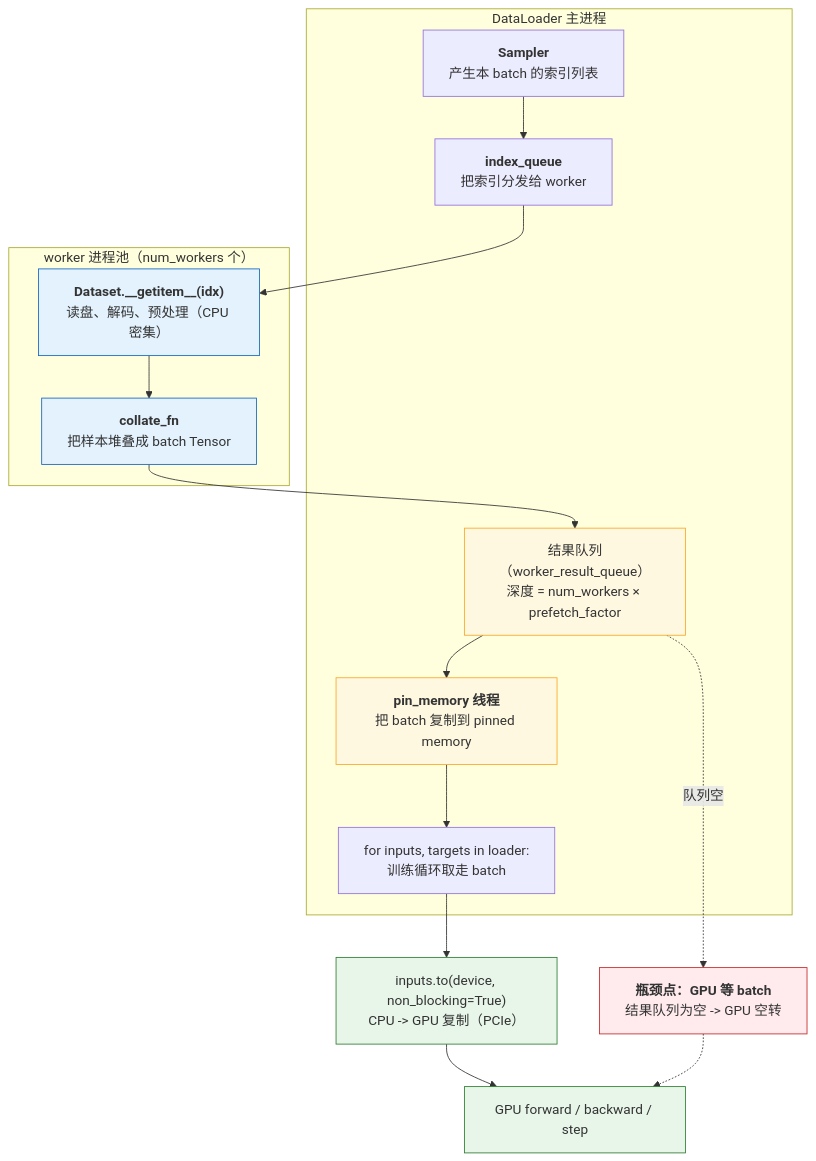
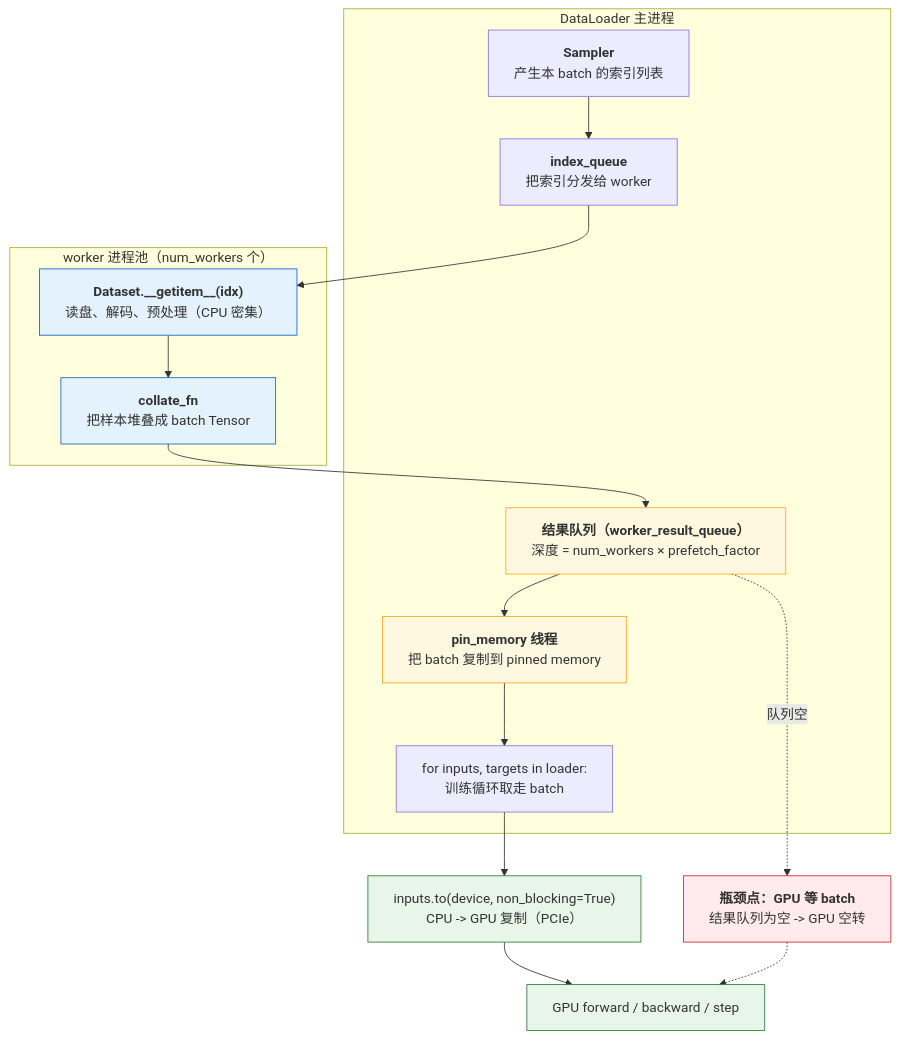
One commit to arganzheng/arganzheng.github.com changed the fourth of 6 diagrams in _posts/2026-02-20-pytorch-module-and-training-system.md. Above: the diagram before and after it, drawn with Mermaid. The commit also changed other lines of this file and 9 other files, not shown here.

First line of the commit message:
PyTorch 系列其余 9 篇：流程图方框改成「标题 + 列表」

````diff
--- a/_posts/2026-02-20-pytorch-module-and-training-system.md
+++ b/_posts/2026-02-20-pytorch-module-and-training-system.md
@@ -1128,38 +1129,39 @@
 ```mermaid
+%%{init: {"flowchart": {"wrappingWidth": 440}}}%%
 %% 图：DataLoader 的进程 / 线程链路：num_workers、prefetch_factor、pin_memory 各作用在哪一段
 flowchart TB
     subgraph main["DataLoader 主进程"]
         SM["<b>Sampler</b><br/>产生本 batch 的索引列表"]
         IQ["<b>index_queue</b><br/>把索引分发给 worker"]
-        RQ["结果队列（worker_result_queue）<br/>深度 = num_workers × prefetch_factor"]
+        RQ["<b>结果队列（worker_result_queue）</b><br/>深度 = num_workers × prefetch_factor"]
         PIN["<b>pin_memory 线程</b><br/>把 batch 复制到 pinned memory"]
         IT["for inputs, targets in loader:<br/>训练循环取走 batch"]
     end
     subgraph workers["worker 进程池（num_workers 个）"]
         GI["<b>Dataset.__getitem__(idx)</b><br/>读盘、解码、预处理（CPU 密集）"]
         CO["<b>collate_fn</b><br/>把样本堆叠成 batch Tensor"]
     end
     H2D["inputs.to(device, non_blocking=True)<br/>CPU -> GPU 复制（PCIe）"]
     GPU["GPU forward / backward / step"]
     WAIT["<b>瓶颈点：GPU 等 batch</b><br/>结果队列为空 -> GPU 空转"]
 
     SM --> IQ
     IQ --> GI
     GI --> CO
     CO --> RQ
     RQ --> PIN
     PIN --> IT
     IT --> H2D
     H2D --> GPU
     RQ -.->|"队列空"| WAIT
     WAIT -.-> GPU
 
     classDef knob fill:#fff8e1,stroke:#f9a825;
     classDef par fill:#e3f2fd,stroke:#1565c0;
     classDef gpu fill:#e8f5e9,stroke:#2e7d32;
     classDef bad fill:#ffebee,stroke:#c62828;
     class RQ,PIN knob;
     class GI,CO par;
     class GPU,H2D gpu;
     class WAIT bad;
 ```
````
